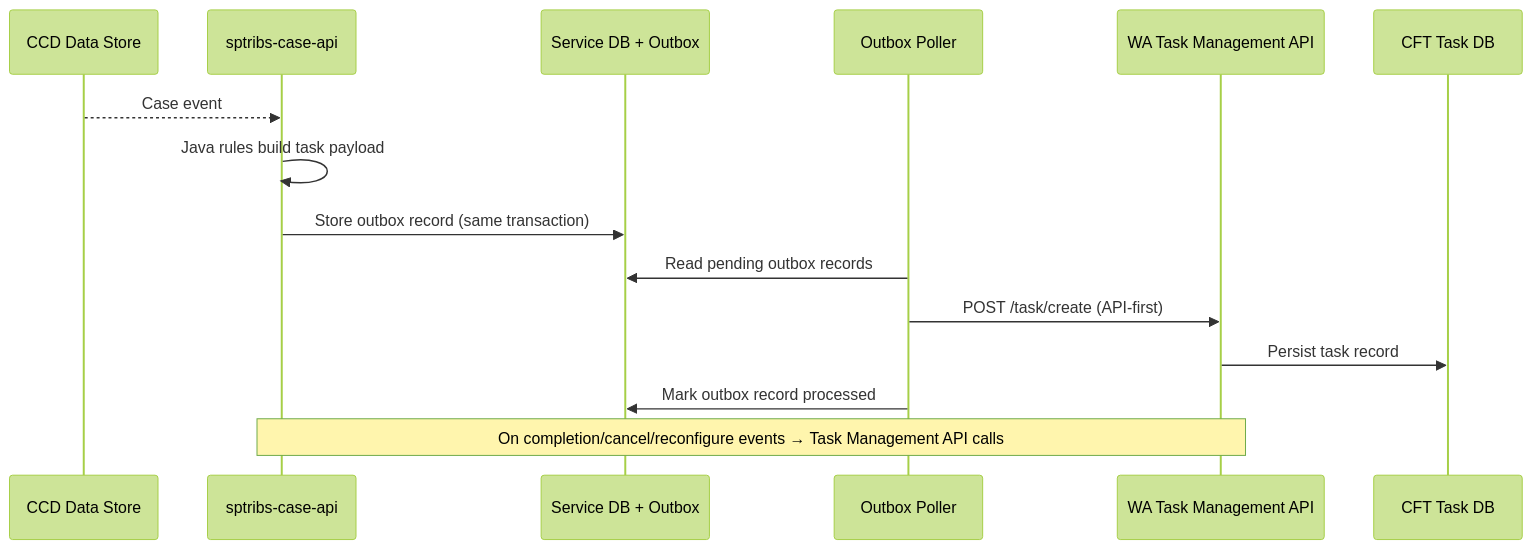
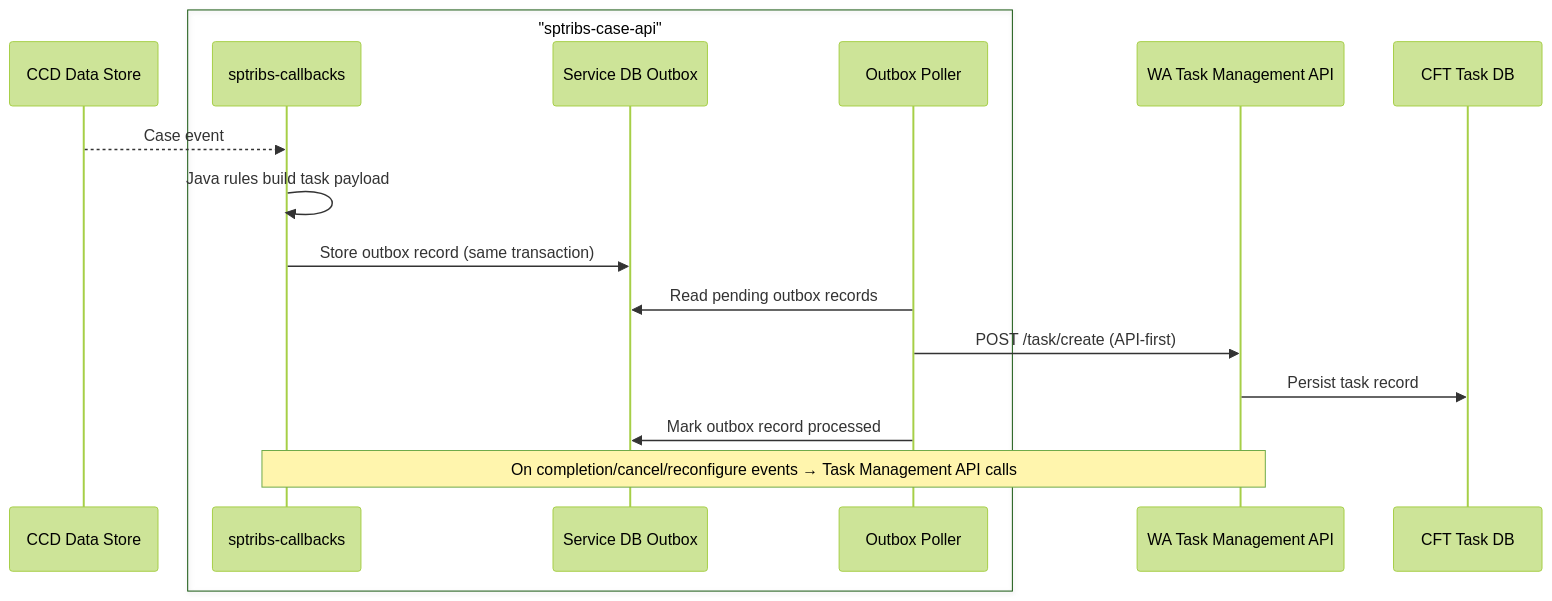
One commit to hmcts/dtsse-ccd-config-generator changed the second of 2 diagrams in docs/task-management/overview.md. Above: the diagram before and after it, drawn with Mermaid (forest theme). The commit also changed other lines of this file, not shown here.

Commit message:
clarify handler

````diff
--- a/docs/task-management/overview.md
+++ b/docs/task-management/overview.md
@@ -56,18 +56,20 @@
 ```mermaid
 sequenceDiagram
   participant CCD as CCD Data Store
-  participant SVC as sptribs-case-api
-  participant DB as Service DB + Outbox
-  participant POLL as Outbox Poller
+  box "sptribs-case-api"
+    participant SVC as sptribs-callbacks
+    participant DB as Service DB Outbox
+    participant POLL as Outbox Poller
+  end
   participant WATMGT as WA Task Management API
   participant CFTDB as CFT Task DB
 
   CCD-->>SVC: Case event
   SVC->>SVC: Java rules build task payload
   SVC->>DB: Store outbox record (same transaction)
   POLL->>DB: Read pending outbox records
   POLL->>WATMGT: POST /task/create (API-first)
   WATMGT->>CFTDB: Persist task record
   POLL->>DB: Mark outbox record processed
   Note over SVC,WATMGT: On completion/cancel/reconfigure events → Task Management API calls
 ```
````
